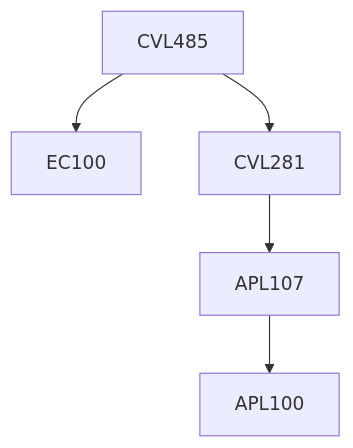
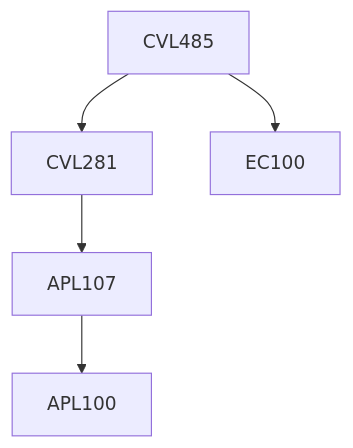
Before and after one commit to KeshavBansal0122/CoS_Website: the diagram in content/Civil Engineering/CVL485.md, drawn with Mermaid. The commit also changed other lines of this file and 2662 other files, not shown here.

````diff
--- a/content/Civil Engineering/CVL485.md
+++ b/content/Civil Engineering/CVL485.md
@@ -13,11 +13,11 @@
 ```mermaid
 flowchart TD
 CVL485-289[CVL485]
+CVL485-289 --> CVL281-289[CVL281]
+CVL281-289 --> APL107-289[APL107]
+APL107-289 --> APL100-289[APL100]
 CVL485-289 --> EC100-289[EC100]
-CVL485-289 --> CVL281-289[CVL281]
-APL107-289 --> APL100-289[APL100]
-CVL281-289 --> APL107-289[APL107]
 
 classDef empty height:17px, fill:transparent, stroke:transparent;
 classDef trueEmpty height:0px, width:0px;
 ```
````
